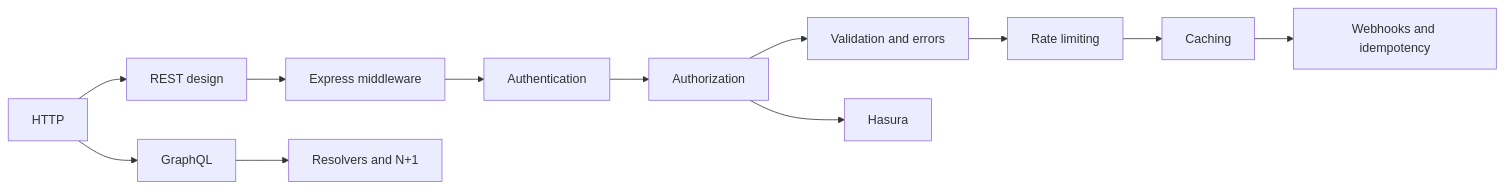
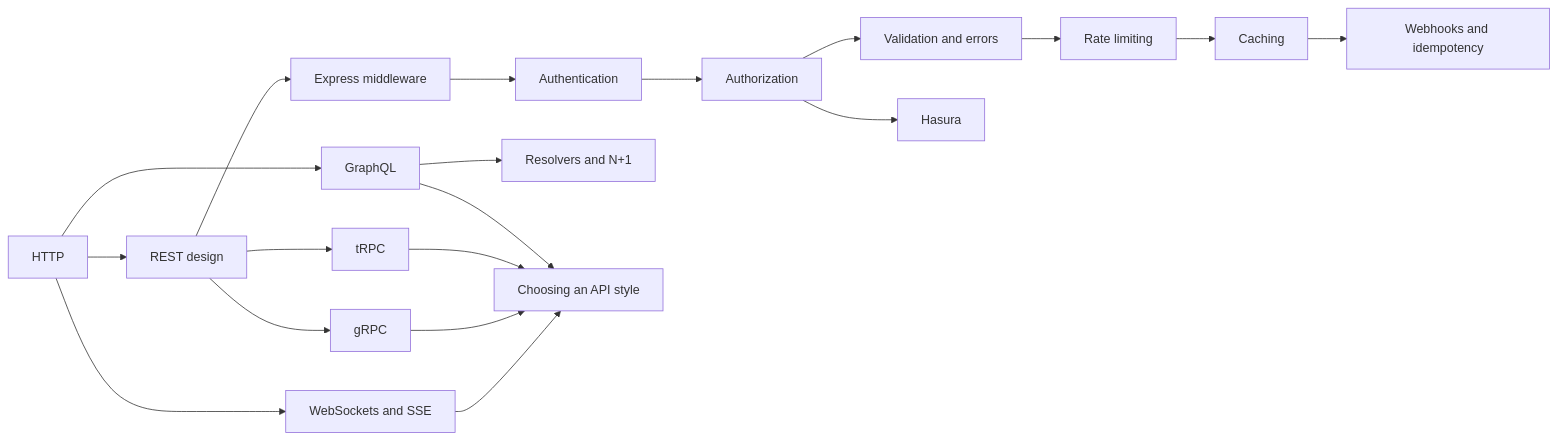
The diagram in learn/backend-api/README.md (starjustice/research-material), drawn with Mermaid before and after one commit. The commit also changed other lines of this file and 19 other files, not shown here.

First line of the commit message:
Add backend-api lessons 15 to 18: tRPC, gRPC, WebSockets and SSE, choosing an API style

````diff
--- a/learn/backend-api/README.md
+++ b/learn/backend-api/README.md
@@ -11,14 +11,21 @@
 ```mermaid
 graph LR
     A["HTTP"] --> B["REST design"]
     A --> C["GraphQL"]
     B --> D["Express middleware"]
     D --> E["Authentication"]
     E --> F["Authorization"]
     C --> G["Resolvers and N+1"]
     F --> H["Validation and errors"]
     H --> I["Rate limiting"]
     I --> J["Caching"]
     J --> K["Webhooks and idempotency"]
     F --> L["Hasura"]
+    A --> R["WebSockets and SSE"]
+    B --> P["tRPC"]
+    B --> Q["gRPC"]
+    C --> S["Choosing an API style"]
+    P --> S
+    Q --> S
+    R --> S
 ```
````
